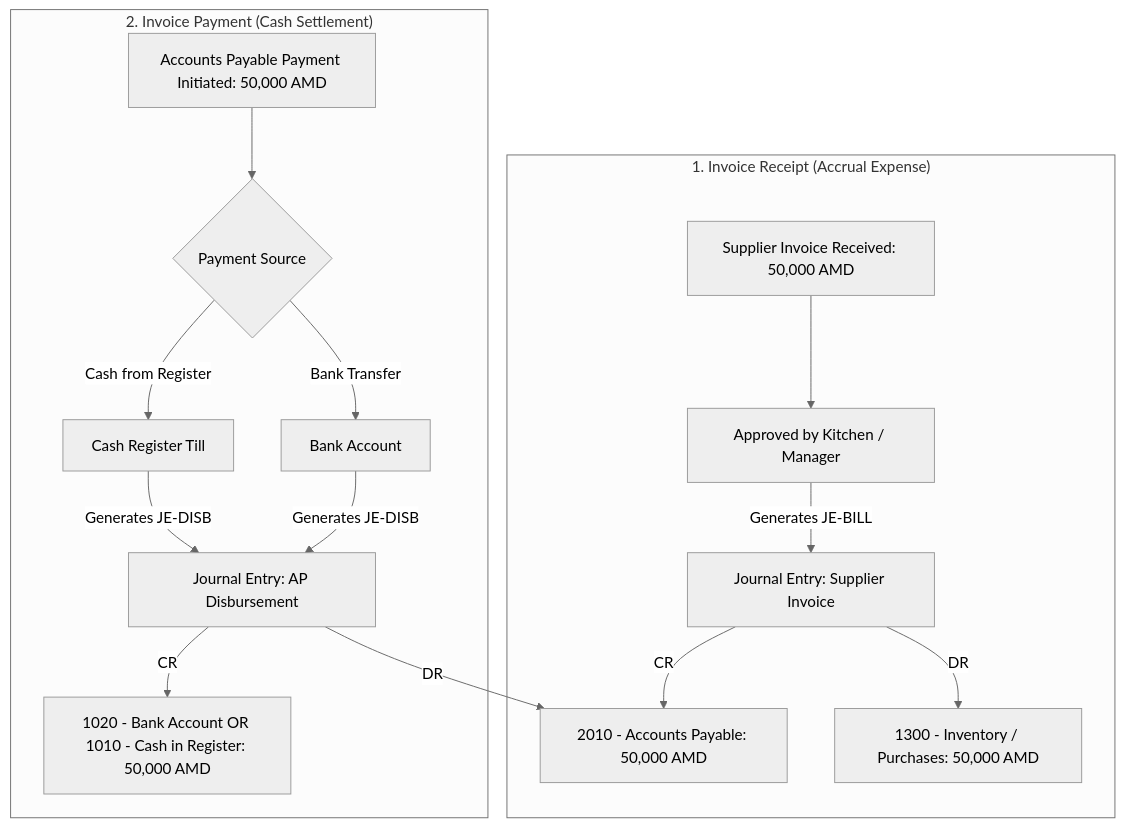
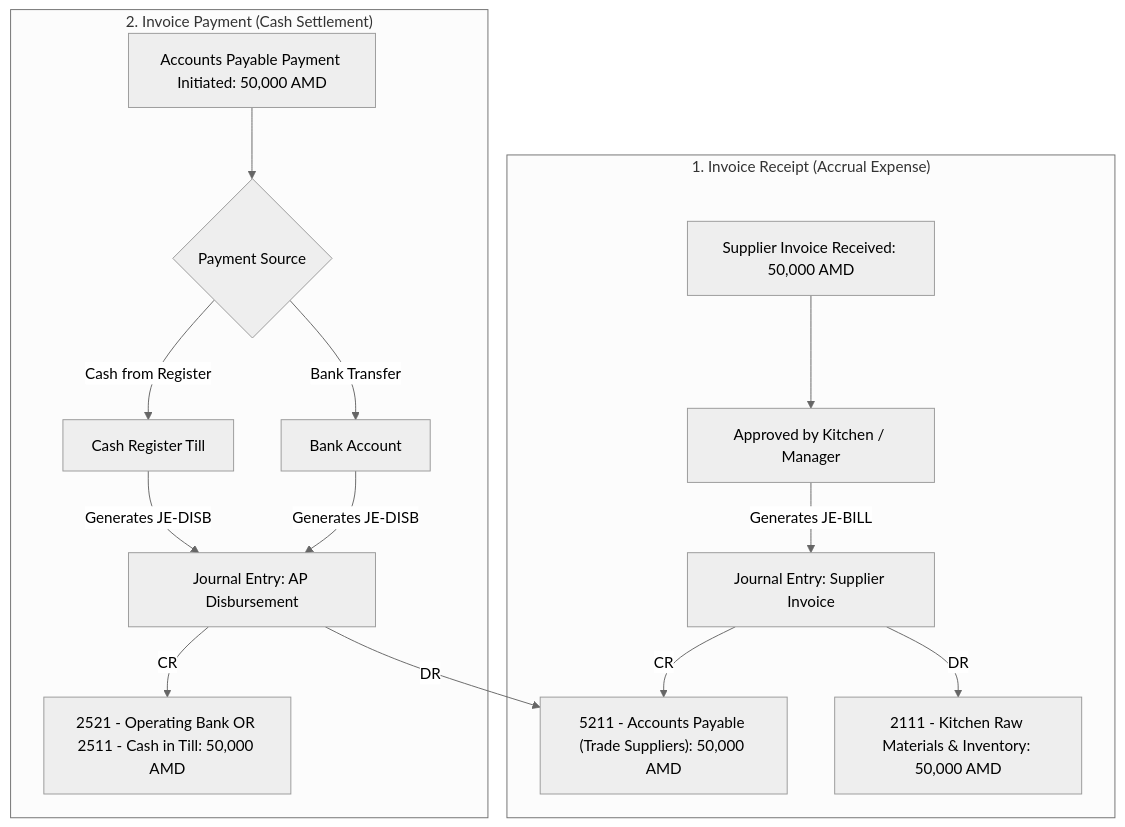
Before and after one commit to agevorgyan/qrmenu: the fourth of 6 diagrams in docs/finance/03-financial-flow-diagrams.md, drawn with Mermaid (neutral theme). The commit also changed other lines of this file and 46 other files, not shown here.

````diff
--- a/docs/finance/03-financial-flow-diagrams.md
+++ b/docs/finance/03-financial-flow-diagrams.md
@@ -92,19 +92,19 @@
 ```mermaid
 flowchart TD
     subgraph AccrualStage["1. Invoice Receipt (Accrual Expense)"]
         SI1["Supplier Invoice Received: 50,000 AMD"] --> SI2["Approved by Kitchen / Manager"]
         SI2 -->|Generates JE-BILL| JE_INV["Journal Entry: Supplier Invoice"]
-        JE_INV -->|DR| INV_ACC["1300 - Inventory / Purchases: 50,000 AMD"]
-        JE_INV -->|CR| AP_ACC["2010 - Accounts Payable: 50,000 AMD"]
+        JE_INV -->|DR| INV_ACC["2111 - Kitchen Raw Materials & Inventory: 50,000 AMD"]
+        JE_INV -->|CR| AP_ACC["5211 - Accounts Payable (Trade Suppliers): 50,000 AMD"]
     end
 
     subgraph SettlementStage["2. Invoice Payment (Cash Settlement)"]
         SP1["Accounts Payable Payment Initiated: 50,000 AMD"] --> SP2{"Payment Source"}
         SP2 -->|Bank Transfer| SP_BANK["Bank Account"]
         SP2 -->|Cash from Register| SP_CASH["Cash Register Till"]
         
         SP_BANK & SP_CASH -->|Generates JE-DISB| JE_PMT["Journal Entry: AP Disbursement"]
         JE_PMT -->|DR| AP_ACC
-        JE_PMT -->|CR| CR_SRC["1020 - Bank Account OR 1010 - Cash in Register: 50,000 AMD"]
+        JE_PMT -->|CR| CR_SRC["2521 - Operating Bank OR 2511 - Cash in Till: 50,000 AMD"]
     end
 ```
````
